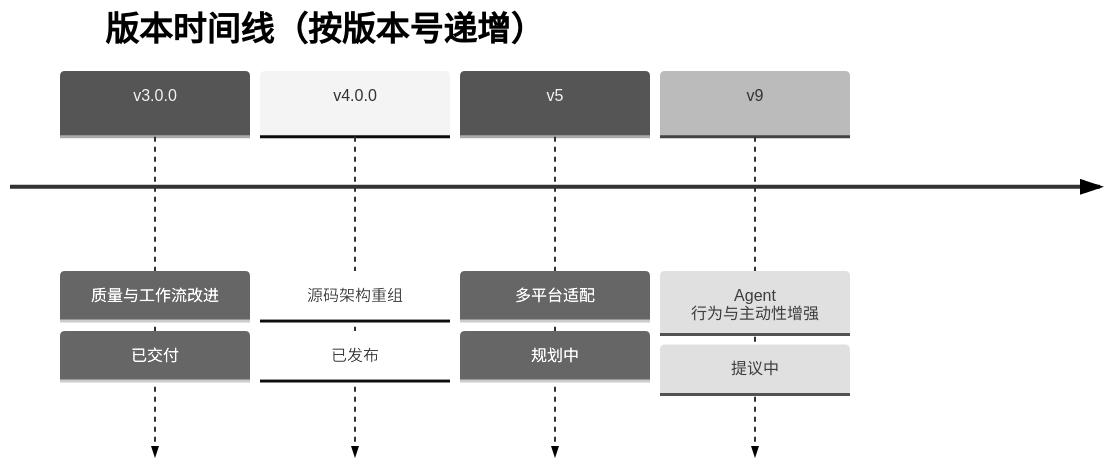
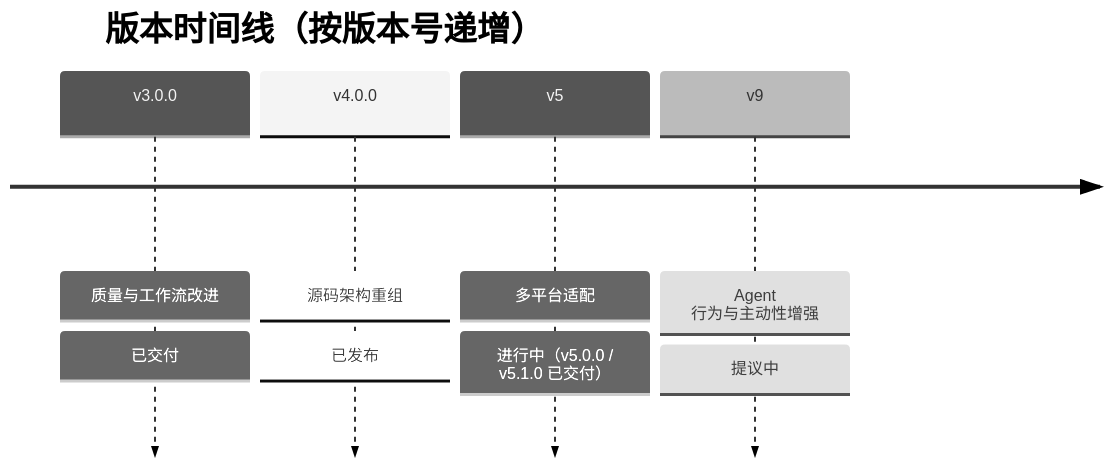
The second of 8 diagrams in .sddu/ROADMAP.md (THZSummer/sddu), drawn with Mermaid (neutral theme) before and after one commit. The commit also changed other lines of this file, not shown here.

First line of the commit message:
docs(roadmap): v5 版本交付状态回填 — v5.0.0/v5.1.0 已交付，通用适配顺延 v5.2.0

````diff
--- a/.sddu/ROADMAP.md
+++ b/.sddu/ROADMAP.md
@@ -36,8 +36,8 @@
 ```mermaid
 timeline
     title 版本时间线（按版本号递增）
     v3.0.0 : 质量与工作流改进 : 已交付
     v4.0.0 : 源码架构重组 : 已发布
-    v5 : 多平台适配 : 规划中
+    v5 : 多平台适配 : 进行中（v5.0.0 / v5.1.0 已交付）
     v9 : Agent 行为与主动性增强 : 提议中
 ```
````
